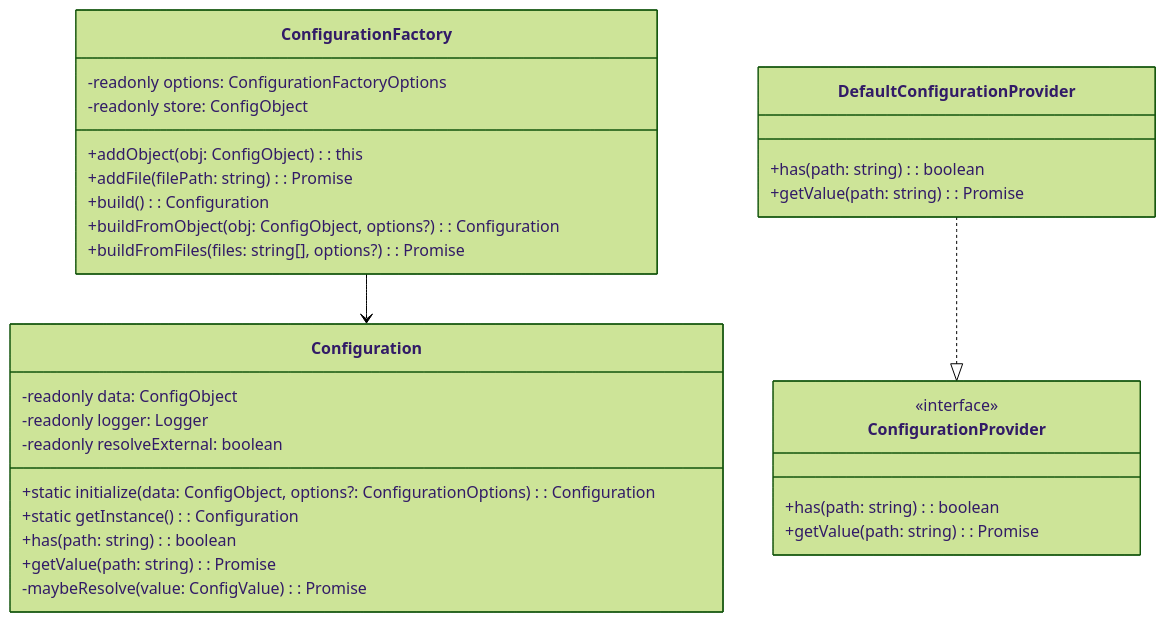
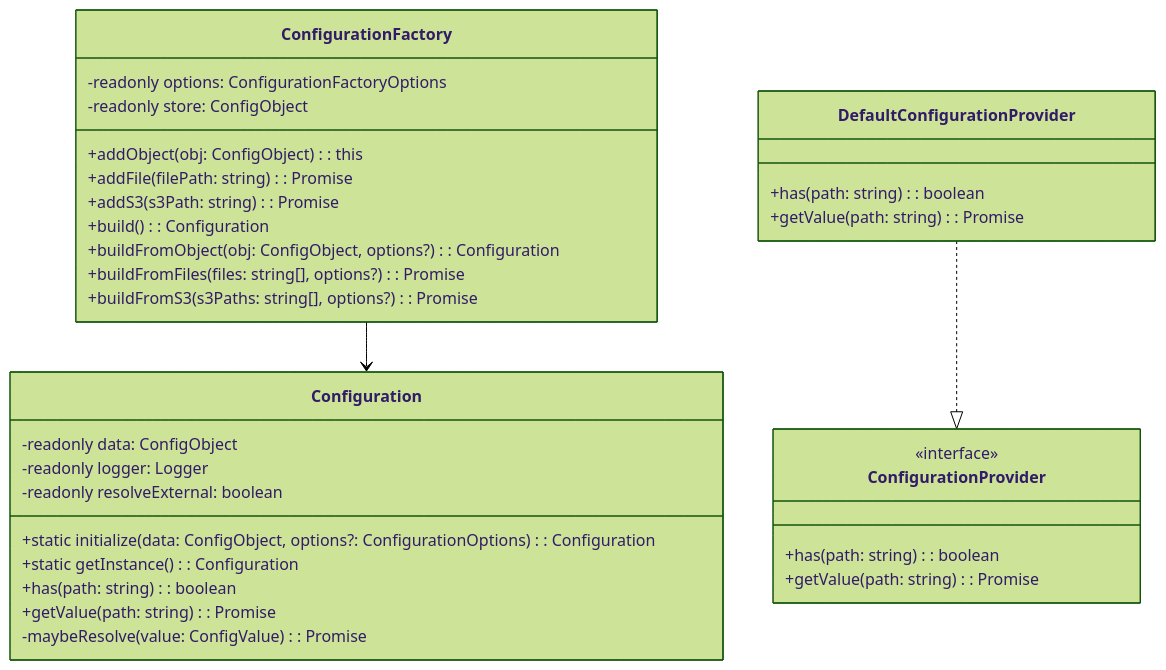
One commit to fabianopinto/ts-common changed the first of 3 diagrams in packages/config/README.md. Above: the diagram before and after it, drawn with Mermaid (forest theme). The commit also changed other lines of this file and 1 other file, not shown here.

````diff
--- a/packages/config/README.md
+++ b/packages/config/README.md
@@ -168,37 +211,39 @@
 ```mermaid
 classDiagram
   class Configuration {
     -readonly data: ConfigObject
     -readonly logger: Logger
     -readonly resolveExternal: boolean
     +static initialize(data: ConfigObject, options?: ConfigurationOptions): Configuration
     +static getInstance(): Configuration
     +has(path: string): boolean
     +getValue(path: string): Promise<unknown | undefined>
     -maybeResolve(value: ConfigValue): Promise<ConfigValue>
   }
 
   class ConfigurationFactory {
     -readonly options: ConfigurationFactoryOptions
     -readonly store: ConfigObject
     +addObject(obj: ConfigObject): this
     +addFile(filePath: string): Promise<this>
+    +addS3(s3Path: string): Promise<this>
     +build(): Configuration
     +buildFromObject(obj: ConfigObject, options?): Configuration
     +buildFromFiles(files: string[], options?): Promise<Configuration>
+    +buildFromS3(s3Paths: string[], options?): Promise<Configuration>
   }
 
   class ConfigurationProvider {
     <<interface>>
     +has(path: string): boolean
     +getValue(path: string): Promise<unknown | undefined>
   }
 
   class DefaultConfigurationProvider {
     +has(path: string): boolean
     +getValue(path: string): Promise<unknown | undefined>
   }
 
   ConfigurationFactory --> Configuration
   DefaultConfigurationProvider ..|> ConfigurationProvider
 ```
````
